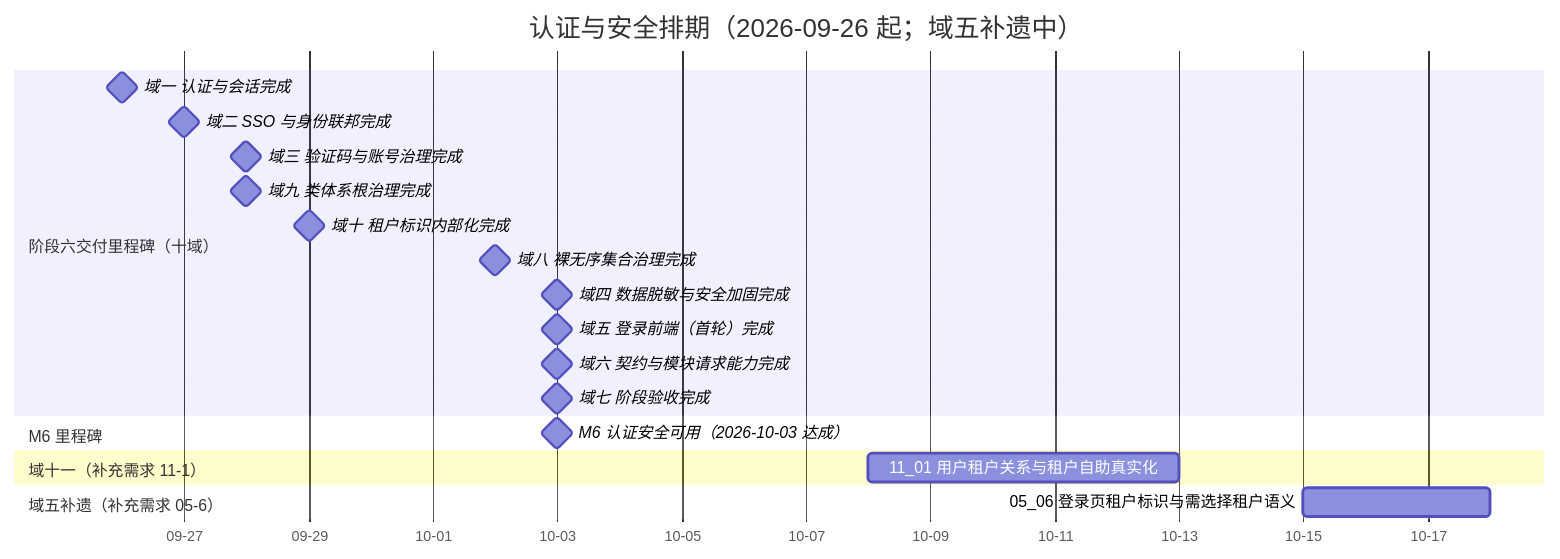
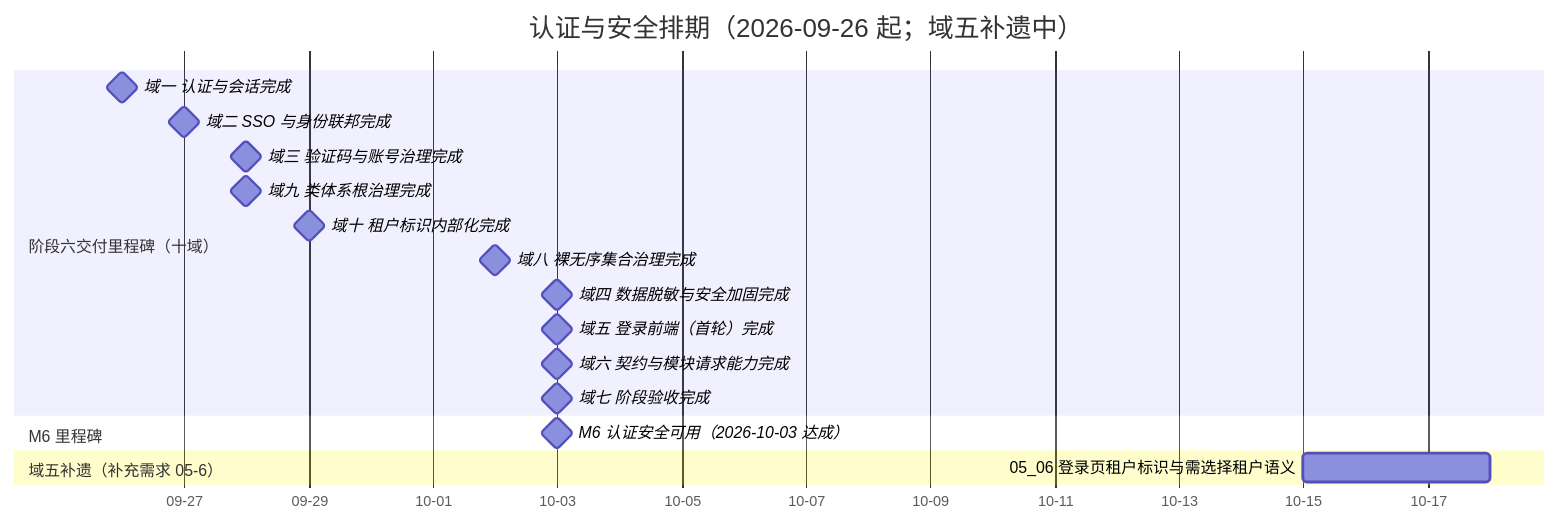
One commit to minjian123/basic-management-system changed the diagram in bms文档/项目/06_认证与安全/计划/01_计划_认证与安全.md. Above: the diagram before and after it, drawn with Mermaid. The commit also changed other lines of this file and 4 other files, not shown here.

````diff
--- a/bms文档/项目/06_认证与安全/计划/01_计划_认证与安全.md
+++ b/bms文档/项目/06_认证与安全/计划/01_计划_认证与安全.md
@@ -82,23 +82,21 @@
 ```mermaid
 gantt
     title 认证与安全排期（2026-09-26 起；域五补遗中）
     dateFormat  YYYY-MM-DD
     axisFormat %m-%d
     section 阶段六交付里程碑（十域）
     域一 认证与会话完成 :milestone, m01, 2026-09-26, 0d
     域二 SSO 与身份联邦完成 :milestone, m02, 2026-09-27, 0d
     域三 验证码与账号治理完成 :milestone, m03, 2026-09-28, 0d
     域九 类体系根治理完成 :milestone, m09, 2026-09-28, 0d
     域十 租户标识内部化完成 :milestone, m10, 2026-09-29, 0d
     域八 裸无序集合治理完成 :milestone, m08, 2026-10-02, 0d
     域四 数据脱敏与安全加固完成 :milestone, m04, 2026-10-03, 0d
     域五 登录前端（首轮）完成 :milestone, m05, 2026-10-03, 0d
     域六 契约与模块请求能力完成 :milestone, m06, 2026-10-03, 0d
     域七 阶段验收完成 :milestone, m07, 2026-10-03, 0d
     section M6 里程碑
     M6 认证安全可用（2026-10-03 达成） :milestone, mm6, 2026-10-03, 0d
-    section 域十一（补充需求 11-1）
-    11_01 用户租户关系与租户自助真实化 :2026-10-08, 5d
     section 域五补遗（补充需求 05-6）
     05_06 登录页租户标识与需选择租户语义 :2026-10-15, 3d
 ```
````
